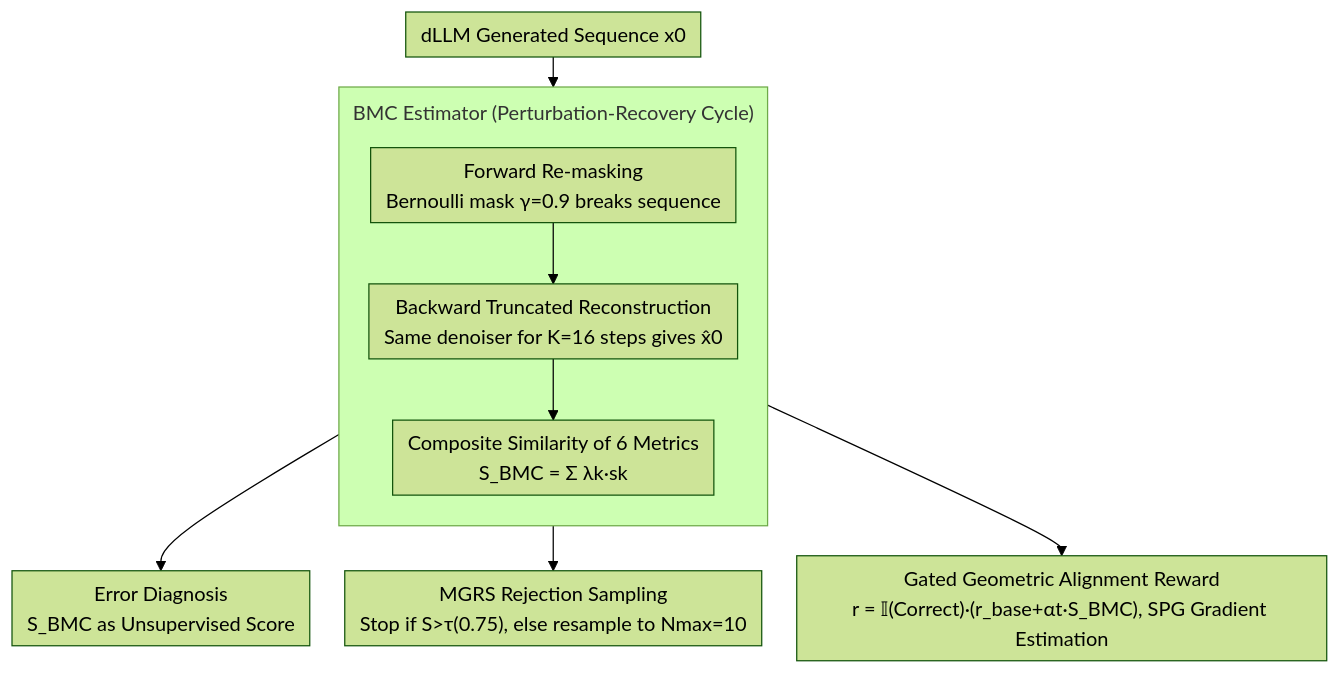
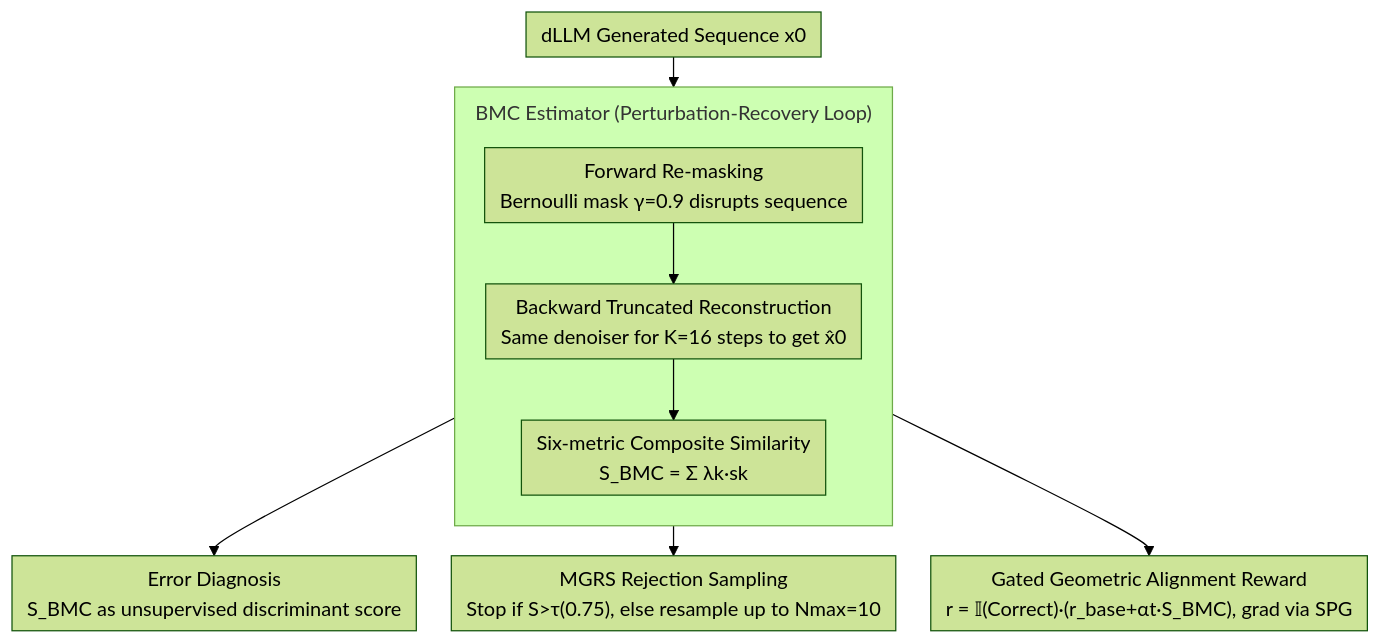
Before and after one commit to zhaoyang97/Paper-Notes-en: the diagram in docs/ICML2026/llm_nlp/reasoning_on_the_manifold_bidirectional_consistency_for_self-verification_in_dif.md, drawn with Mermaid (forest theme). The commit also changed other lines of this file and 5084 other files, not shown here.

````diff
--- a/docs/ICML2026/llm_nlp/reasoning_on_the_manifold_bidirectional_consistency_for_self-verification_in_dif.md
+++ b/docs/ICML2026/llm_nlp/reasoning_on_the_manifold_bidirectional_consistency_for_self-verification_in_dif.md
@@ -43,16 +43,16 @@
 ```mermaid
 %%{init: {'flowchart': {'rankSpacing': 24, 'nodeSpacing': 28, 'padding': 6, 'wrappingWidth': 400, 'subGraphTitleMargin': {'top': 8, 'bottom': 16}}}}%%
 flowchart TD
     IN["dLLM Generated Sequence x0"]
-    subgraph BMC["BMC Estimator (Perturbation-Recovery Cycle)"]
+    subgraph BMC["BMC Estimator (Perturbation-Recovery Loop)"]
         direction TB
-        F["Forward Re-masking<br/>Bernoulli mask γ=0.9 breaks sequence"]
-        B["Backward Truncated Reconstruction<br/>Same denoiser for K=16 steps gives x̂0"]
-        S["Composite Similarity of 6 Metrics<br/>S_BMC = Σ λk·sk"]
+        F["Forward Re-masking<br/>Bernoulli mask γ=0.9 disrupts sequence"]
+        B["Backward Truncated Reconstruction<br/>Same denoiser for K=16 steps to get x̂0"]
+        S["Six-metric Composite Similarity<br/>S_BMC = Σ λk·sk"]
         F --> B --> S
     end
     IN --> F
-    S --> D["Error Diagnosis<br/>S_BMC as Unsupervised Score"]
-    S --> M["MGRS Rejection Sampling<br/>Stop if S>τ(0.75), else resample to Nmax=10"]
-    S --> R["Gated Geometric Alignment Reward<br/>r = 𝕀(Correct)·(r_base+αt·S_BMC), SPG Gradient Estimation"]
+    S --> D["Error Diagnosis<br/>S_BMC as unsupervised discriminant score"]
+    S --> M["MGRS Rejection Sampling<br/>Stop if S>τ(0.75), else resample up to Nmax=10"]
+    S --> R["Gated Geometric Alignment Reward<br/>r = 𝕀(Correct)·(r_base+αt·S_BMC), grad via SPG"]
 ```
````
